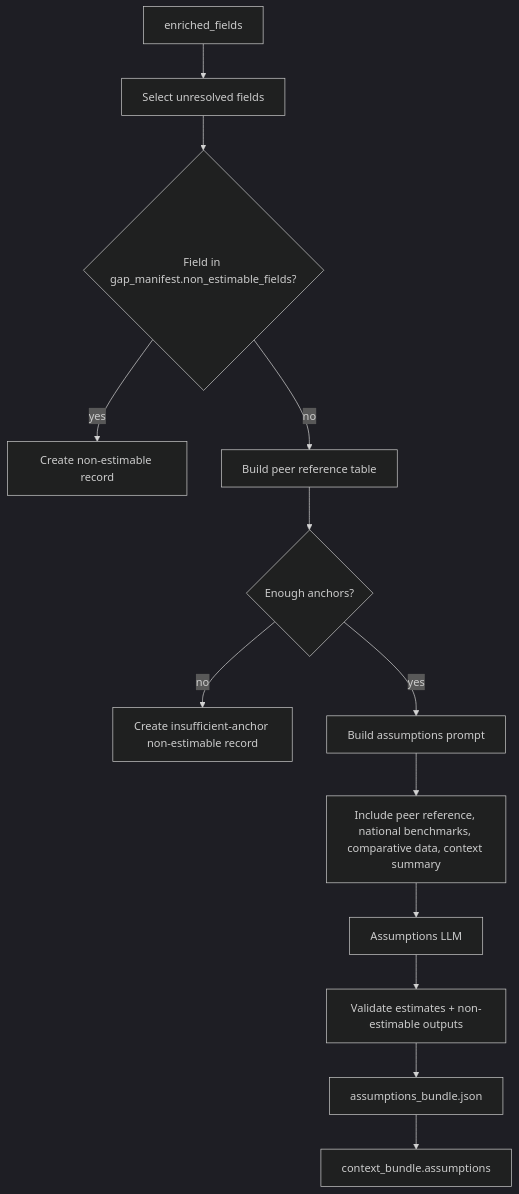
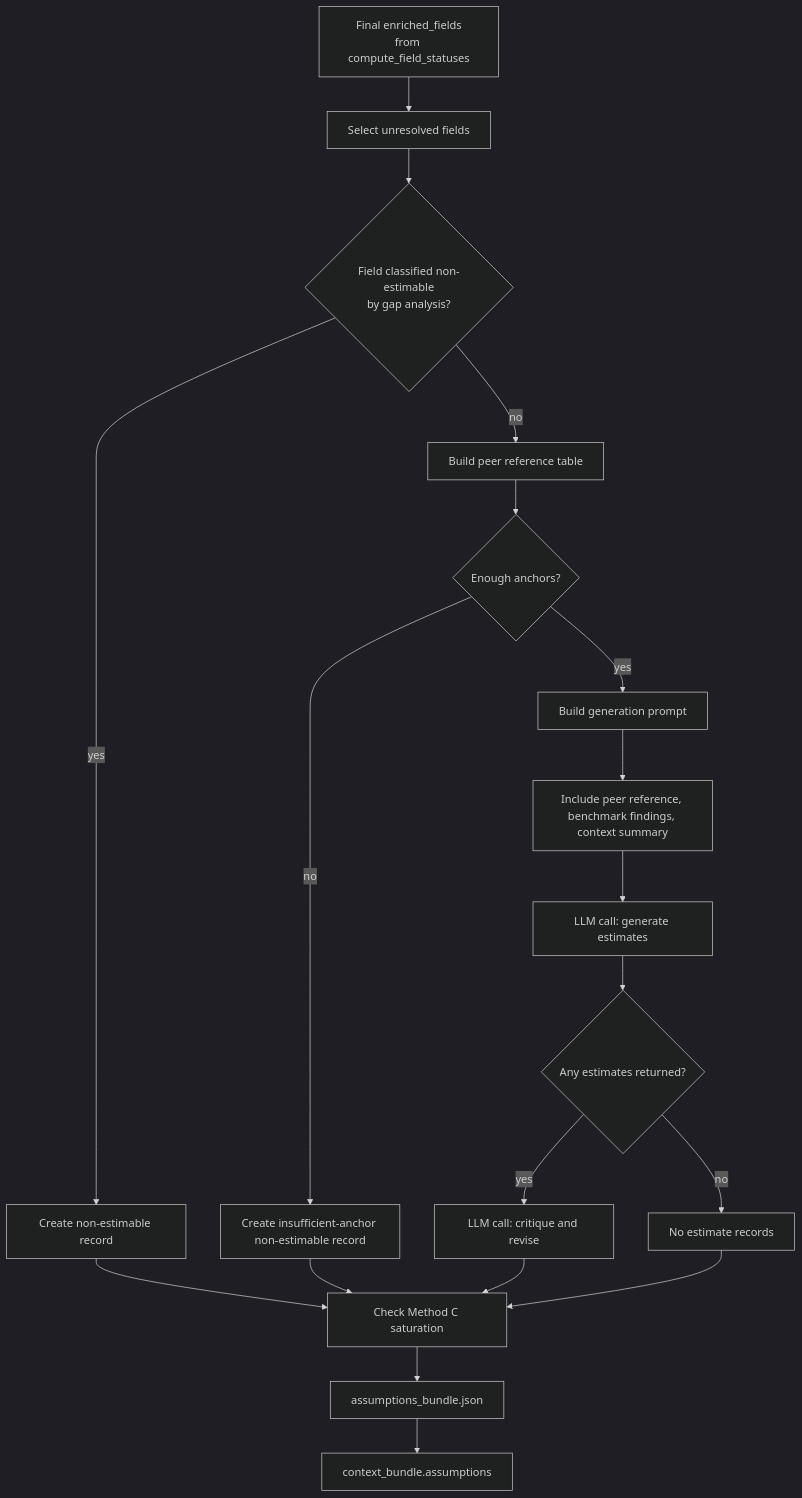
The diagram in docs/pipeline/10_assumptions.md (Open-Earth-Foundation/Query_mechanism_urbind), drawn with Mermaid (dark theme) before and after one commit. The commit also changed other lines of this file and 7 other files, not shown here.

````diff
--- a/docs/pipeline/10_assumptions.md
+++ b/docs/pipeline/10_assumptions.md
@@ -18,15 +30,21 @@
 ```mermaid
 flowchart TD
-    A[enriched_fields] --> B[Select unresolved fields]
-    B --> C{Field in gap_manifest.non_estimable_fields?}
+    A[Final enriched_fields<br/>from compute_field_statuses] --> B[Select unresolved fields]
+    B --> C{Field classified non-estimable<br/>by gap analysis?}
     C -- yes --> D[Create non-estimable record]
     C -- no --> E[Build peer reference table]
     E --> F{Enough anchors?}
     F -- no --> G[Create insufficient-anchor non-estimable record]
-    F -- yes --> H[Build assumptions prompt]
-    H --> I[Include peer reference, national benchmarks, comparative data, context summary]
-    I --> J[Assumptions LLM]
-    J --> K[Validate estimates + non-estimable outputs]
-    K --> L[assumptions_bundle.json]
-    L --> M[context_bundle.assumptions]
+    F -- yes --> H[Build generation prompt]
+    H --> I[Include peer reference, benchmark findings, context summary]
+    I --> J[LLM call: generate estimates]
+    J --> K{Any estimates returned?}
+    K -- yes --> L[LLM call: critique and revise]
+    K -- no --> M[No estimate records]
+    L --> N[Check Method C saturation]
+    M --> N
+    D --> N
+    G --> N
+    N --> O[assumptions_bundle.json]
+    O --> P[context_bundle.assumptions]
 ```
````
